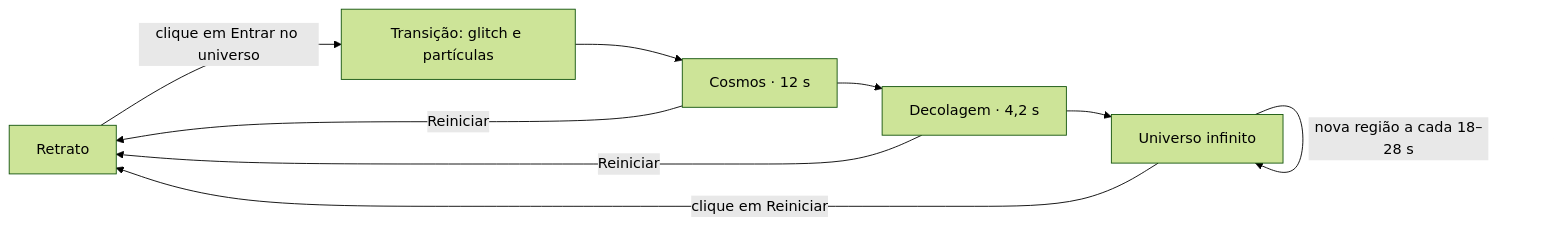
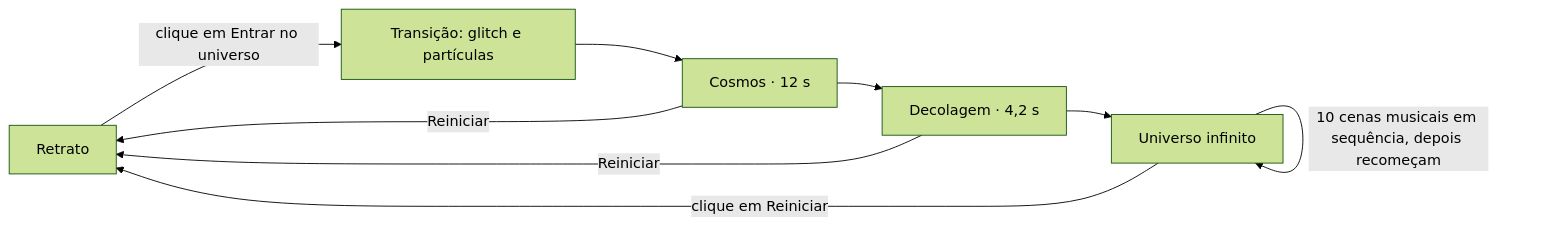
One commit to andreluis29/synthuniverse changed the diagram in docs/COMO-FUNCIONA.md. Above: the diagram before and after it, drawn with Mermaid (forest theme). The commit also changed other lines of this file and 1 other file, not shown here.

First line of the commit message:
Documenta as 10 cenas musicais

````diff
--- a/docs/COMO-FUNCIONA.md
+++ b/docs/COMO-FUNCIONA.md
@@ -42,11 +42,11 @@
 ```mermaid
 flowchart LR
   A[Retrato] -- clique em Entrar no universo --> B[Transição: glitch e partículas]
   B --> C[Cosmos · 12 s]
   C --> D[Decolagem · 4,2 s]
   D --> E[Universo infinito]
-  E -- nova região a cada 18–28 s --> E
+  E -- 10 cenas musicais em sequência, depois recomeçam --> E
   E -- clique em Reiniciar --> A
   C -- Reiniciar --> A
   D -- Reiniciar --> A
 ```
````
